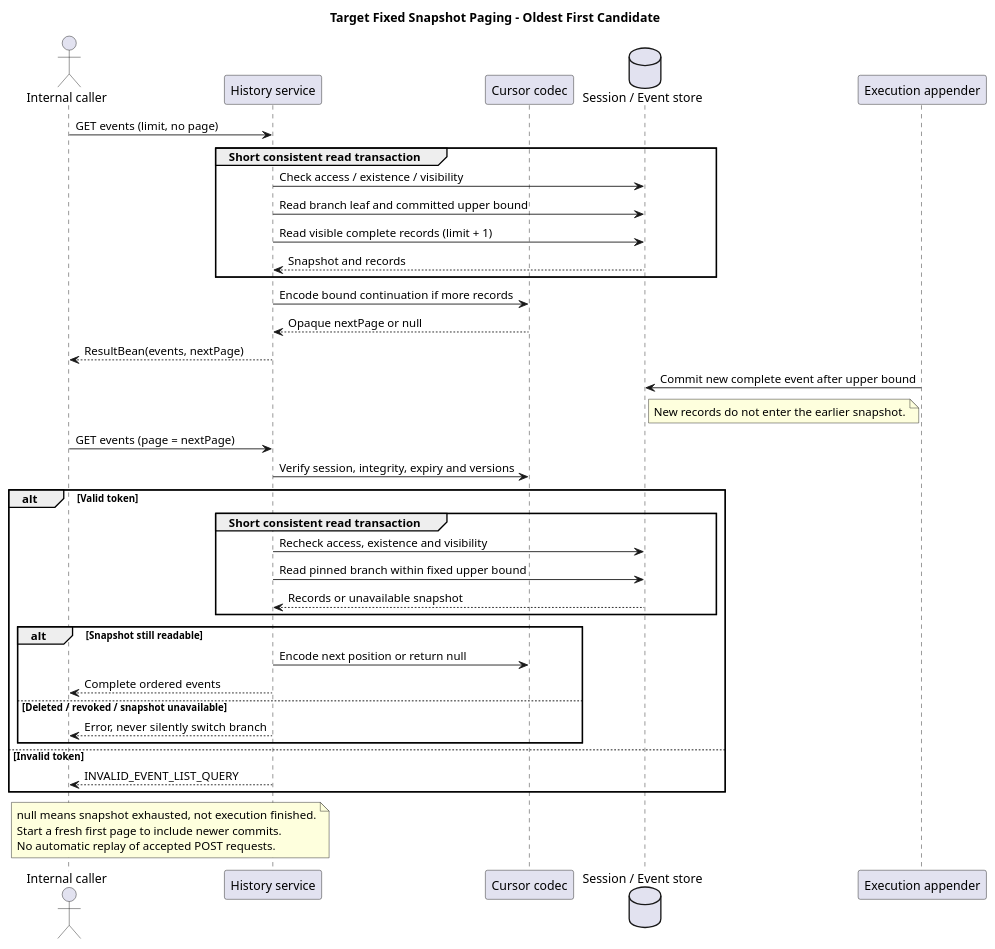
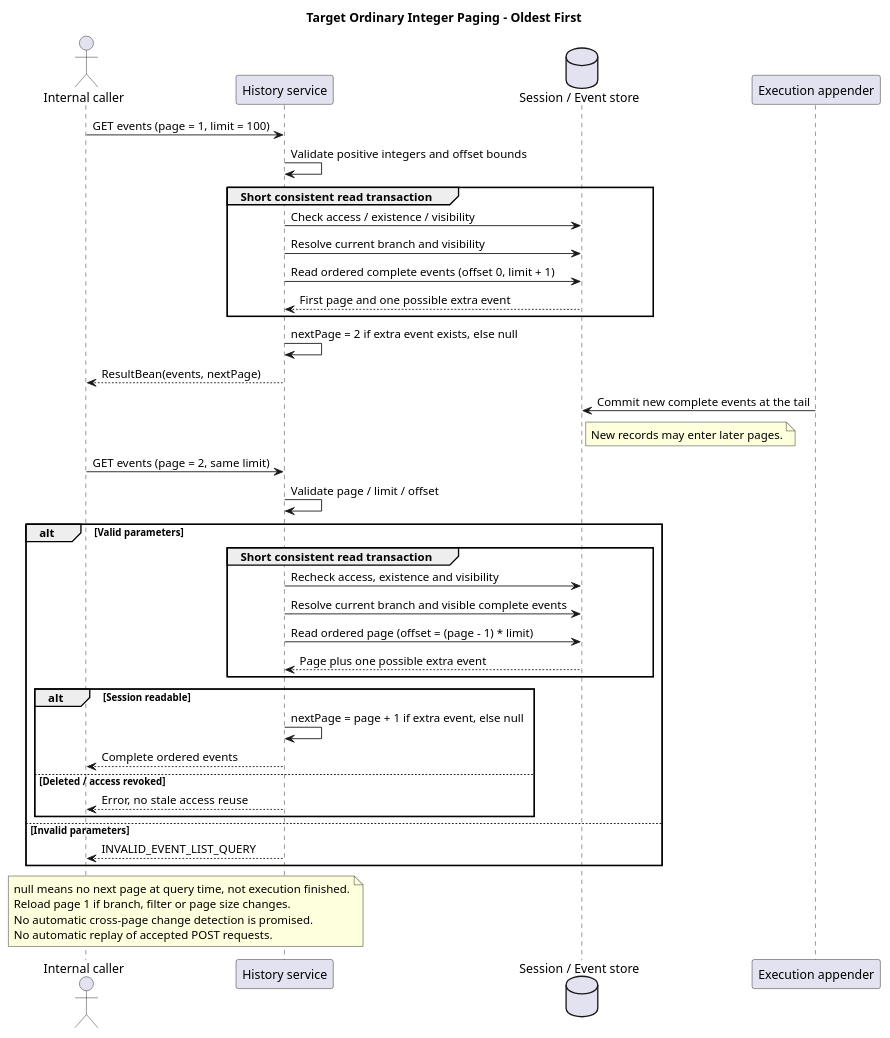
One commit to ssm0808/pi-mono-java-design changed the second of 2 diagrams in 01-总体架构/01-CampusClaw多Agent运行时/设计图/事件历史查询/diagram.puml. Above: the diagram before and after it, drawn with PlantUML. The commit also changed other lines of this file and 14 other files, not shown here.

```diff
--- a/01-总体架构/01-CampusClaw多Agent运行时/设计图/事件历史查询/diagram.puml
+++ b/01-总体架构/01-CampusClaw多Agent运行时/设计图/事件历史查询/diagram.puml
@@ -58,48 +56,49 @@
 @startuml target_event_history_paging
-title Target Fixed Snapshot Paging - Oldest First Candidate
+title Target Ordinary Integer Paging - Oldest First
 ' Source baseline: pi-mono-java dfb90cac4e233e09a0b8f047f7e9f4682f5ad238
 ' Source: campusclaw/src/main/resources/mapper/session/RuntimeSessionMapper.xml, listCurrentBranch.
 ' Source: campusclaw/src/main/java/com/huawei/hicampus/claw/codingagent/runtimeapi/event/RuntimeEventQueryService.java, list/pageOf.
 ' Observed behavior: each current query resolves active_leaf_id again.
-' Design reason: fix branch and committed upper bound without a long transaction.
-' Target-only architecture; page direction, limits and token lifetime remain candidates.
+' Design reason: user approved ordinary pages without cross-request snapshots.
+' Target-only architecture; page size, response metadata and errors remain candidates.
 actor "Internal caller" as C
 participant "History service" as Q
-participant "Cursor codec" as T
 database "Session / Event store" as D
 participant "Execution appender" as A
-C -> Q : GET events (limit, no page)
+C -> Q : GET events (page = 1, limit = 100)
+Q -> Q : Validate positive integers and offset bounds
 group Short consistent read transaction
   Q -> D : Check access / existence / visibility
-  Q -> D : Read branch leaf and committed upper bound
-  Q -> D : Read visible complete records (limit + 1)
-  D --> Q : Snapshot and records
+  Q -> D : Resolve current branch and visibility
+  Q -> D : Read ordered complete events (offset 0, limit + 1)
+  D --> Q : First page and one possible extra event
 end
-Q -> T : Encode bound continuation if more records
-T --> Q : Opaque nextPage or null
+Q -> Q : nextPage = 2 if extra event exists, else null
 Q --> C : ResultBean(events, nextPage)
-A -> D : Commit new complete event after upper bound
-note right of D : New records do not enter the earlier snapshot.
-C -> Q : GET events (page = nextPage)
-Q -> T : Verify session, integrity, expiry and versions
-alt Valid token
+A -> D : Commit new complete events at the tail
+note right of D : New records may enter later pages.
+C -> Q : GET events (page = 2, same limit)
+Q -> Q : Validate page / limit / offset
+alt Valid parameters
   group Short consistent read transaction
     Q -> D : Recheck access, existence and visibility
-    Q -> D : Read pinned branch within fixed upper bound
-    D --> Q : Records or unavailable snapshot
+    Q -> D : Resolve current branch and visible complete events
+    Q -> D : Read ordered page (offset = (page - 1) * limit)
+    D --> Q : Page plus one possible extra event
   end
-  alt Snapshot still readable
-    Q -> T : Encode next position or return null
+  alt Session readable
+    Q -> Q : nextPage = page + 1 if extra event, else null
     Q --> C : Complete ordered events
-  else Deleted / revoked / snapshot unavailable
-    Q --> C : Error, never silently switch branch
+  else Deleted / access revoked
+    Q --> C : Error, no stale access reuse
   end
-else Invalid token
+else Invalid parameters
   Q --> C : INVALID_EVENT_LIST_QUERY
 end
 note over C,Q
-  null means snapshot exhausted, not execution finished.
-  Start a fresh first page to include newer commits.
+  null means no next page at query time, not execution finished.
+  Reload page 1 if branch, filter or page size changes.
+  No automatic cross-page change detection is promised.
   No automatic replay of accepted POST requests.
 end note
 @enduml
```
